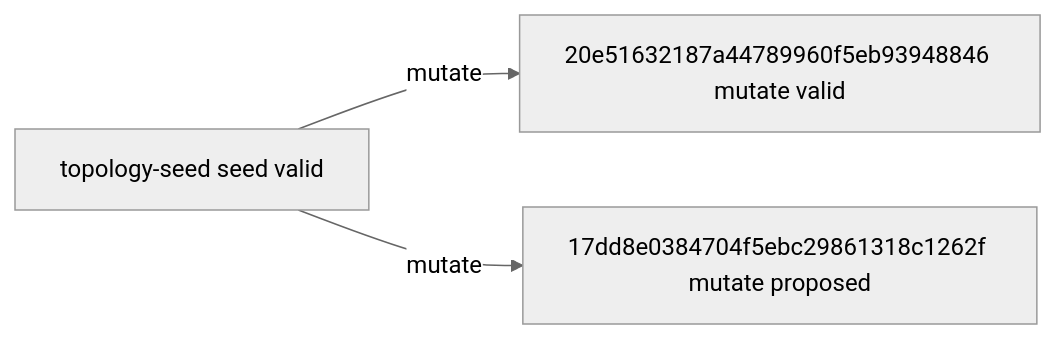
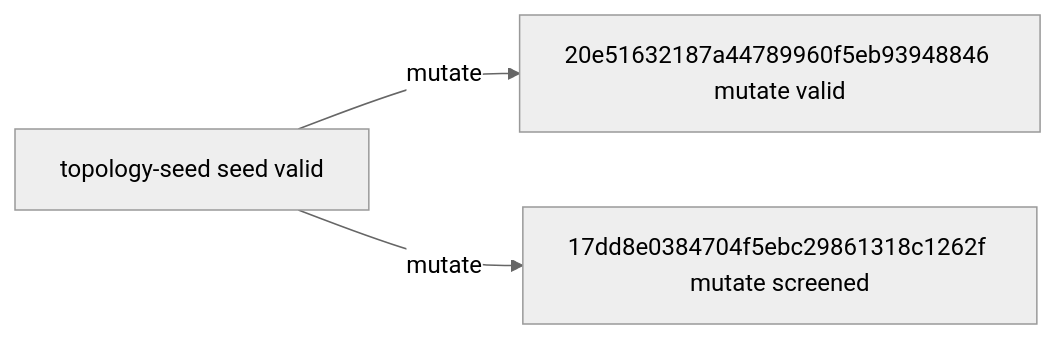
One commit to timbtz/feyer-search-lab changed the diagram in experiments/campaigns/topology-smac-v1/README.md. Above: the diagram before and after it, drawn with Mermaid (neutral theme). The commit also changed other lines of this file and 7 other files, not shown here.

````diff
--- a/experiments/campaigns/topology-smac-v1/README.md
+++ b/experiments/campaigns/topology-smac-v1/README.md
@@ -21,8 +21,8 @@
 ```mermaid
 graph LR
   n0["topology-seed seed valid"]
   n1["20e51632187a44789960f5eb93948846 mutate valid"]
-  n2["17dd8e0384704f5ebc29861318c1262f mutate proposed"]
+  n2["17dd8e0384704f5ebc29861318c1262f mutate screened"]
   n0 -->|mutate| n1
   n0 -->|mutate| n2
 ```
````
